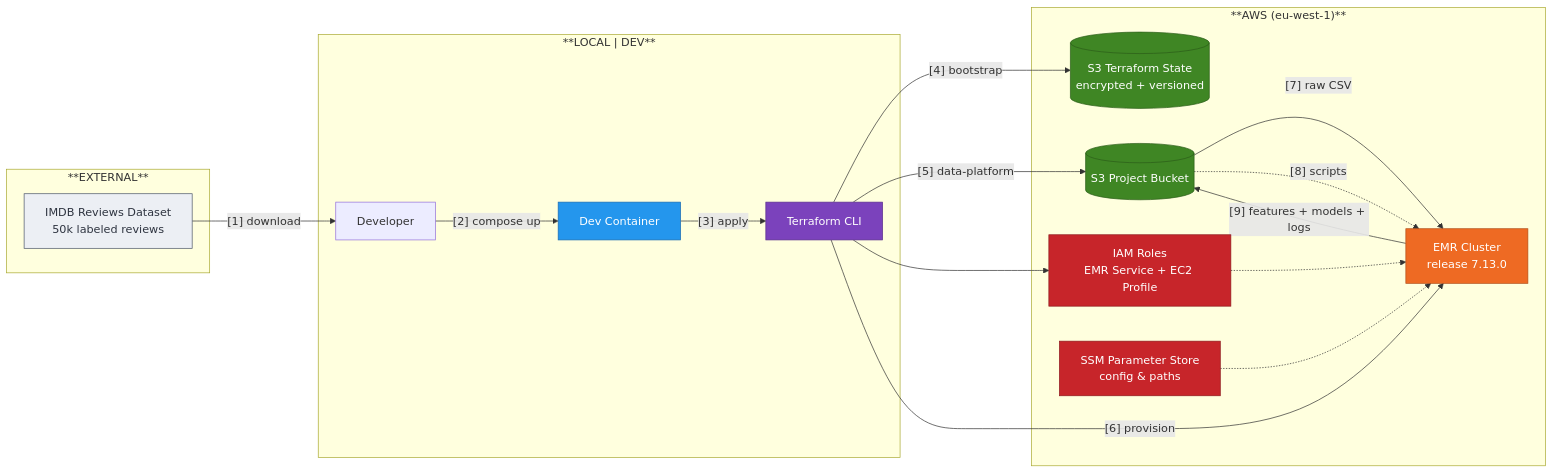
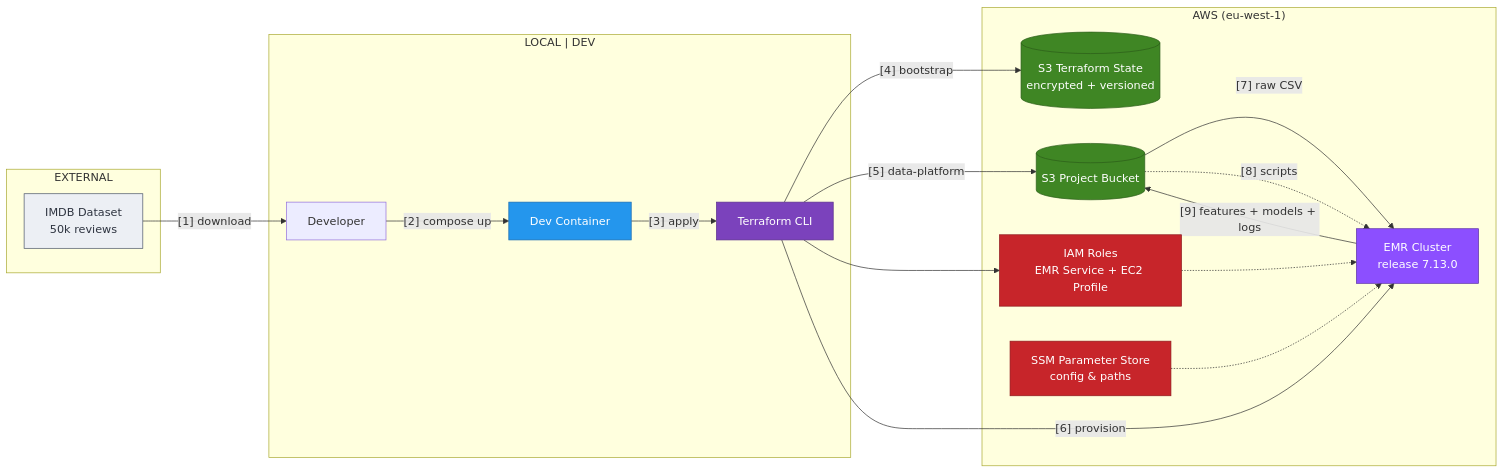
One commit to mzanferrari/imdb-sentiment-terraform-pyspark-emr changed the diagram in README.md. Above: the diagram before and after it, drawn with Mermaid. The commit also changed 2 other files, not shown here.

Commit message:
docs: refine architecture diagram styling for readability
Switch the canvas to a soft off-white (nord_snow) so edge labels stay legible on any GitHub theme; a transparent background left out-of-cluster labels unreadable in dark mode. Wrap the external dataset in its own cluster, set distinct font colors per layer (title, cluster, edges), and align the Mermaid EMR color with the purple of the diagrams EMR icon.

````diff
--- a/README.md
+++ b/README.md
@@ -52,44 +52,44 @@
 ```mermaid
 flowchart LR
-    subgraph EXT["**EXTERNAL**"]
-        IMDB[IMDB Reviews Dataset<br/>50k labeled reviews]
+    subgraph EXT["EXTERNAL"]
+        IMDB[IMDB Dataset<br/>50k reviews]
     end
-    subgraph DEV["**LOCAL | DEV**"]
+    subgraph DEV["LOCAL | DEV"]
         Dev[Developer]
         Dock[Dev Container]
         TF[Terraform CLI]
     end
-    subgraph AWS["**AWS (eu-west-1)**"]
+    subgraph AWS["AWS (eu-west-1)"]
         StateBkt[(S3 Terraform State<br/>encrypted + versioned)]
         AppBkt[(S3 Project Bucket)]
         IAM[IAM Roles<br/>EMR Service + EC2 Profile]
         SSM[SSM Parameter Store<br/>config & paths]
         EMR[EMR Cluster<br/>release 7.13.0]
     end
     IMDB -->|"[1] download"| Dev
     Dev -->|"[2] compose up"| Dock
     Dock -->|"[3] apply"| TF
     TF -->|"[4] bootstrap"| StateBkt
     TF -->|"[5] data-platform"| AppBkt
     TF --> IAM
     TF -->|"[6] provision"| EMR
     AppBkt -->|"[7] raw CSV"| EMR
     AppBkt -.->|"[8] scripts"| EMR
     EMR -->|"[9] features + models + logs"| AppBkt
     IAM -.-> EMR
     SSM -.-> EMR
 
     classDef dev fill:#2496ED,stroke:#1A6BB0,color:#fff
     classDef iac fill:#7B42BC,stroke:#5A2E8C,color:#fff
     classDef storage fill:#3F8624,stroke:#2C5E19,color:#fff
-    classDef compute fill:#EE6A23,stroke:#B14E18,color:#fff
+    classDef compute fill:#8C4FFF,stroke:#5A2EA6,color:#fff
     classDef security fill:#C7252A,stroke:#8F1A1E,color:#fff
     classDef external fill:#ECEFF4,stroke:#4C566A,color:#2E3440
 
     class Dock dev
     class TF iac
     class StateBkt,AppBkt storage
     class EMR compute
     class IAM,SSM security
     class IMDB external
 ```
````
